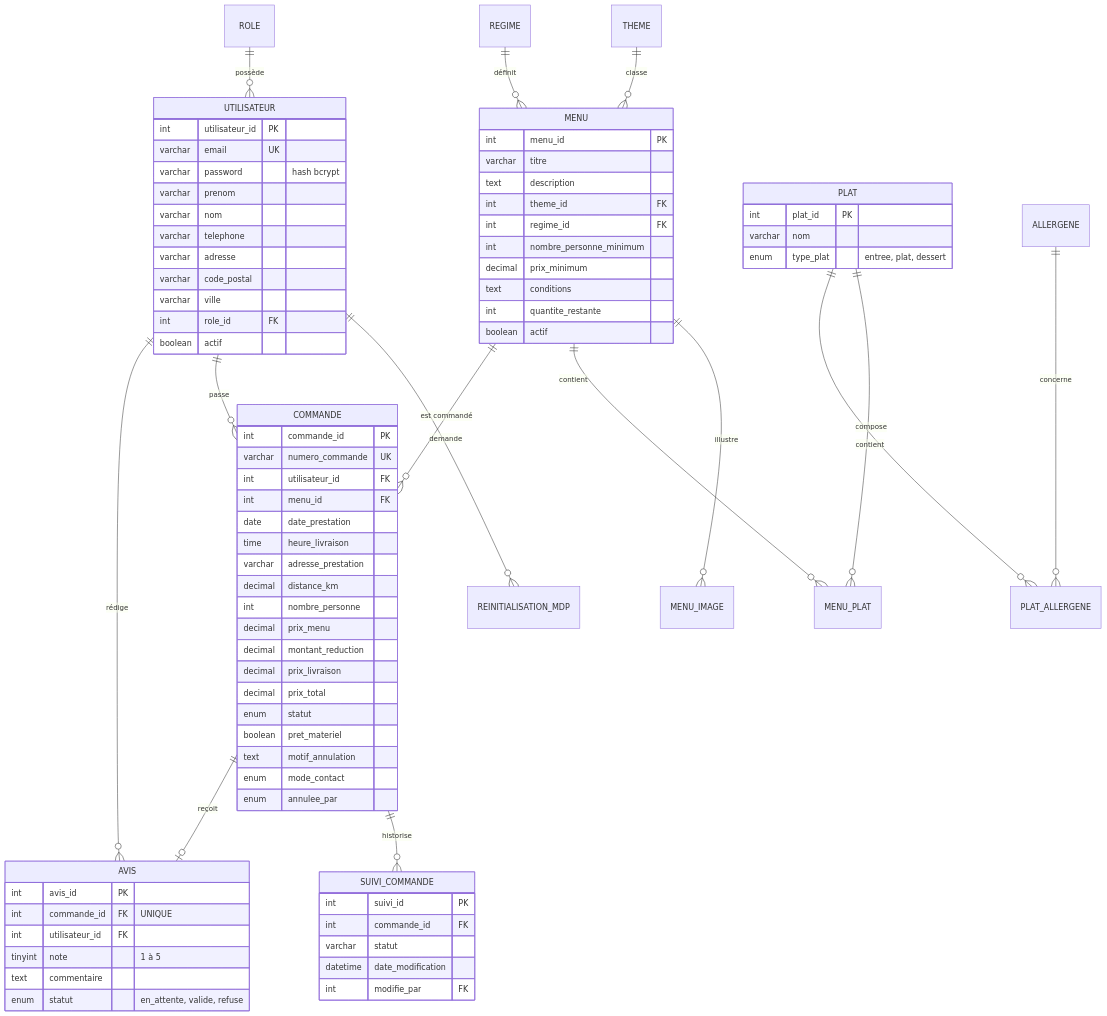
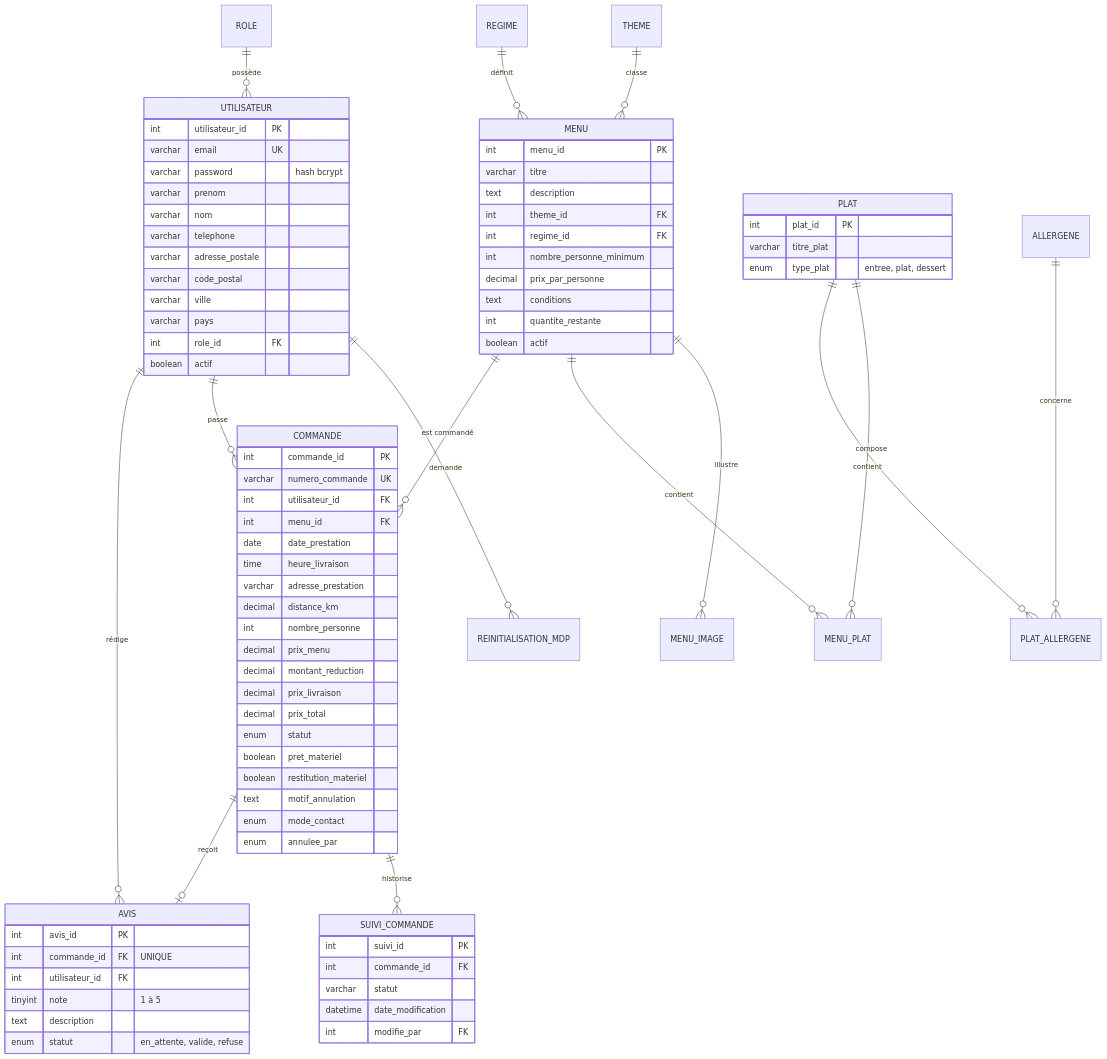
Before and after one commit to valentinfigueiredo/studi-2026-2027-tp-developpeur-web-et-web-mobile: the second of 2 diagrams in docs/01_conception.md, drawn with Mermaid. The commit also changed other lines of this file and 9 other files, not shown here.

````diff
--- a/docs/01_conception.md
+++ b/docs/01_conception.md
@@ -107,9 +107,10 @@
         varchar prenom
         varchar nom
         varchar telephone
-        varchar adresse
+        varchar adresse_postale
         varchar code_postal
         varchar ville
+        varchar pays
         int role_id FK
         boolean actif
     }
@@ -120,14 +121,14 @@
         int theme_id FK
         int regime_id FK
         int nombre_personne_minimum
-        decimal prix_minimum
+        decimal prix_par_personne
         text conditions
         int quantite_restante
         boolean actif
     }
     PLAT {
         int plat_id PK
-        varchar nom
+        varchar titre_plat
         enum type_plat "entree, plat, dessert"
     }
     COMMANDE {
@@ -146,6 +147,7 @@
         decimal prix_total
         enum statut
         boolean pret_materiel
+        boolean restitution_materiel
         text motif_annulation
         enum mode_contact
         enum annulee_par
@@ -162,7 +164,7 @@
         int commande_id FK "UNIQUE"
         int utilisateur_id FK
         tinyint note "1 à 5"
-        text commentaire
+        text description
         enum statut "en_attente, valide, refuse"
     }
 ```
````
